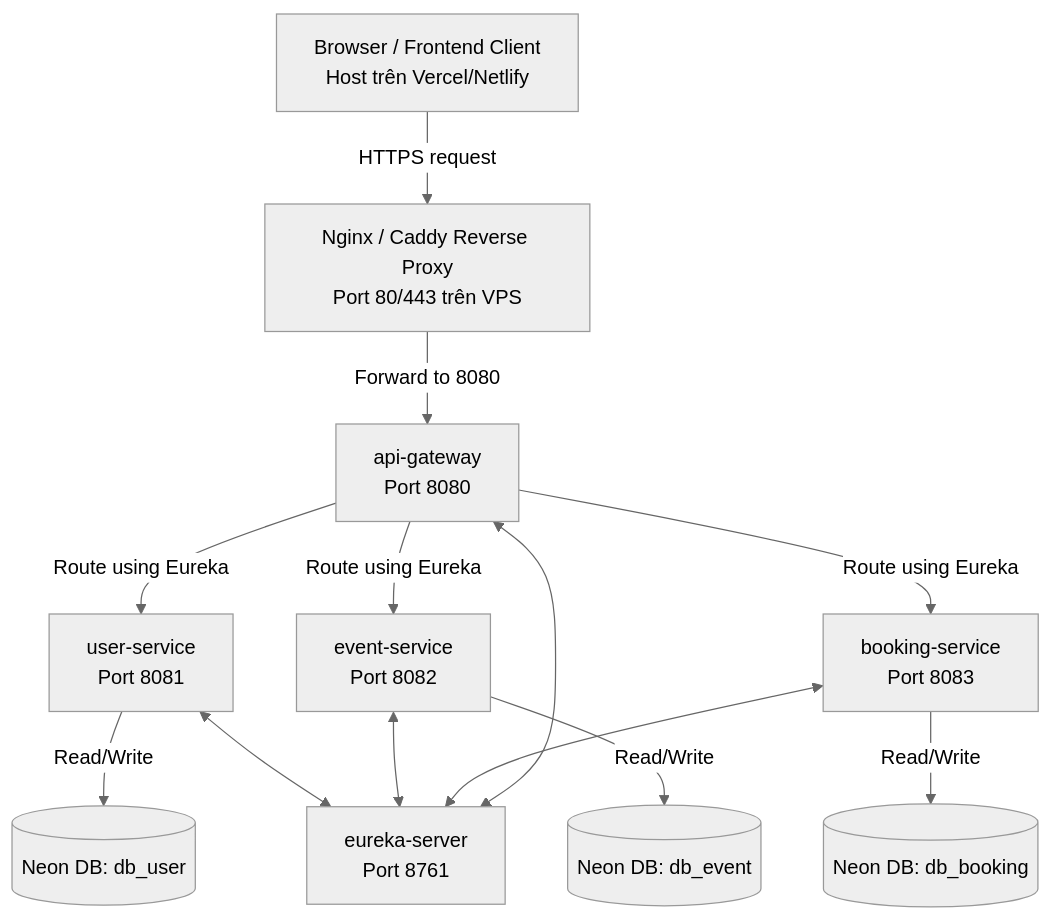
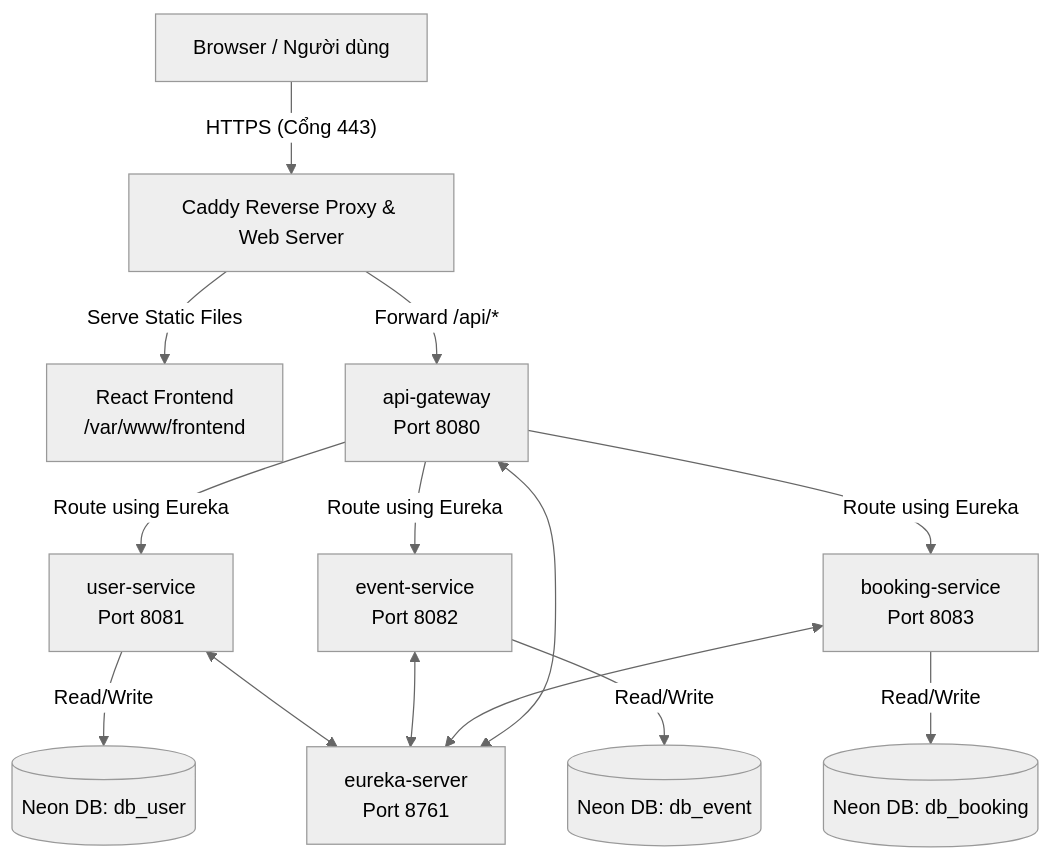
One commit to nguyenhai2510/ticket-booking-soa changed the diagram in DEPLOYMENT.md. Above: the diagram before and after it, drawn with Mermaid (neutral theme). The commit also changed other lines of this file and 1 other file, not shown here.

Commit message:
chore: configure production deployment with Nginx, Caddyfile, and VPS environment variables

````diff
--- a/DEPLOYMENT.md
+++ b/DEPLOYMENT.md
@@ -14,14 +7,17 @@
 ```mermaid
 flowchart TD
-    Client[Browser / Frontend Client\nHost trên Vercel/Netlify] -- HTTPS request --> Nginx[Nginx / Caddy Reverse Proxy\nPort 80/443 trên VPS]
-    Nginx -- Forward to 8080 --> Gateway[api-gateway\nPort 8080]
+    Client[Browser / Người dùng] -- HTTPS (Cổng 443) --> Caddy[Caddy Reverse Proxy & Web Server]
+    
+    Caddy -- Serve Static Files --> Frontend[React Frontend\n/var/www/frontend]
+    Caddy -- Forward /api/* --> Gateway[api-gateway\nPort 8080]
+    
     Gateway -- Route using Eureka --> UserSvc[user-service\nPort 8081]
     Gateway -- Route using Eureka --> EventSvc[event-service\nPort 8082]
     Gateway -- Route using Eureka --> BookingSvc[booking-service\nPort 8083]
     
     UserSvc -- Read/Write --> NeonUser[(Neon DB: db_user)]
     EventSvc -- Read/Write --> NeonEvent[(Neon DB: db_event)]
     BookingSvc -- Read/Write --> NeonBooking[(Neon DB: db_booking)]
     
     UserSvc & EventSvc & BookingSvc & Gateway <--> Eureka[eureka-server\nPort 8761]
 ```
````
